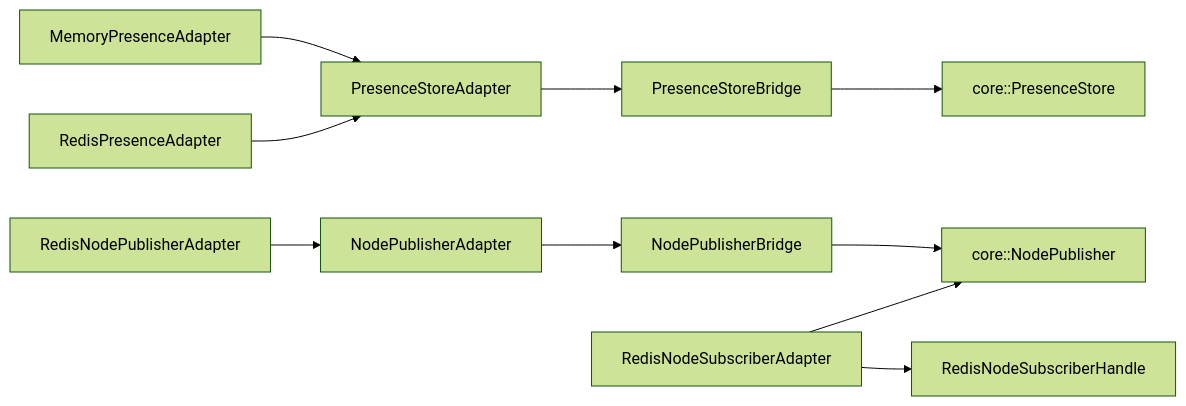
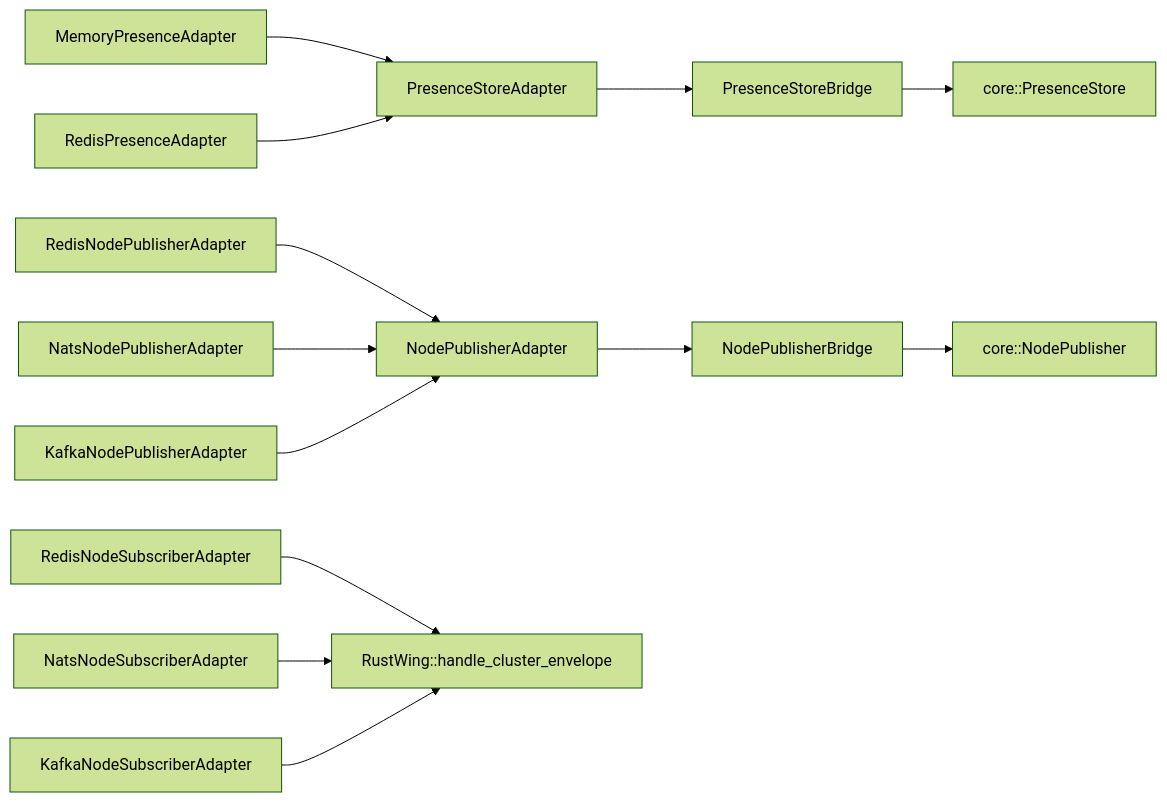
Before and after one commit to Zany2/rust-wing: the seventh of 9 diagrams in docs/source-architecture.md, drawn with Mermaid (forest theme). The commit also changed other lines of this file and 34 other files, not shown here.

````diff
--- a/docs/source-architecture.md
+++ b/docs/source-architecture.md
@@ -200,22 +183,29 @@
 ```mermaid
 flowchart LR
     CorePresence["core::PresenceStore"]
     CorePublisher["core::NodePublisher"]
     PresenceAdapter["PresenceStoreAdapter"]
     PublisherAdapter["NodePublisherAdapter"]
     BridgePresence["PresenceStoreBridge"]
     BridgePublisher["NodePublisherBridge"]
     Memory["MemoryPresenceAdapter"]
     RedisPresence["RedisPresenceAdapter"]
     RedisPublisher["RedisNodePublisherAdapter"]
     RedisSubscriber["RedisNodeSubscriberAdapter"]
-    RedisHandle["RedisNodeSubscriberHandle"]
+    NatsPublisher["NatsNodePublisherAdapter"]
+    NatsSubscriber["NatsNodeSubscriberAdapter"]
+    KafkaPublisher["KafkaNodePublisherAdapter"]
+    KafkaSubscriber["KafkaNodeSubscriberAdapter"]
+    CoreDelivery["RustWing::handle_cluster_envelope"]
 
     PresenceAdapter --> BridgePresence --> CorePresence
     PublisherAdapter --> BridgePublisher --> CorePublisher
     Memory --> PresenceAdapter
     RedisPresence --> PresenceAdapter
     RedisPublisher --> PublisherAdapter
-    RedisSubscriber --> RedisHandle
-    RedisSubscriber --> CorePublisher
+    NatsPublisher --> PublisherAdapter
+    KafkaPublisher --> PublisherAdapter
+    RedisSubscriber --> CoreDelivery
+    NatsSubscriber --> CoreDelivery
+    KafkaSubscriber --> CoreDelivery
 ```
````
